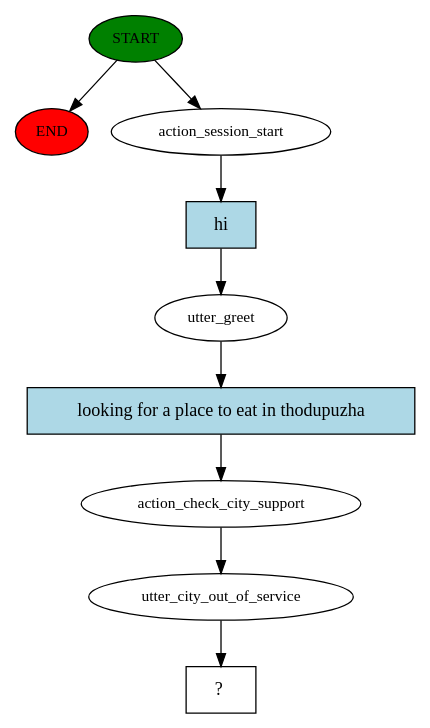
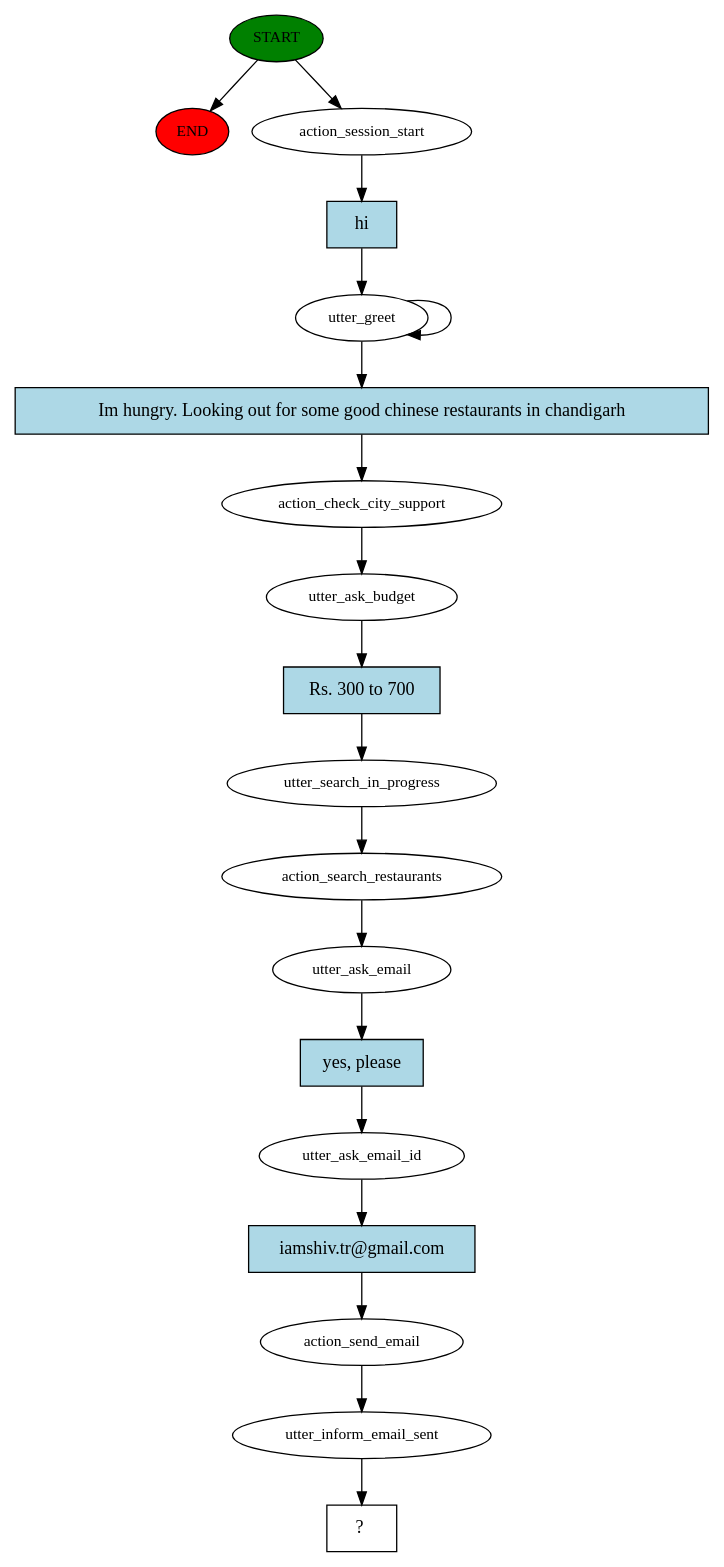
Before and after one commit to adi007me/rasa-chatbot: the diagram in story_graph.dot, drawn with Graphviz. The commit also changed 3 other files, not shown here.

```diff
--- a/story_graph.dot
+++ b/story_graph.dot
@@ -1,19 +1,38 @@
 digraph  {
 0 [class="start active", fillcolor=green, fontsize=12, label=START, style=filled];
 "-1" [class=end, fillcolor=red, fontsize=12, label=END, style=filled];
 1 [class=active, fontsize=12, label=action_session_start];
 2 [class=active, fontsize=12, label=utter_greet];
-3 [class=active, fontsize=12, label=action_check_city_support];
-4 [class=active, fontsize=12, label=utter_city_out_of_service];
-5 [class="intent dashed active", label="  ?  ", shape=rect];
-6 [class="intent active", fillcolor=lightblue, label=hi, shape=rect, style=filled];
-7 [class="intent active", fillcolor=lightblue, label="looking for a place to eat in thodupuzha", shape=rect, style=filled];
+4 [class=active, fontsize=12, label=action_check_city_support];
+5 [class=active, fontsize=12, label=utter_ask_budget];
+6 [class=active, fontsize=12, label=utter_search_in_progress];
+7 [class=active, fontsize=12, label=action_search_restaurants];
+8 [class=active, fontsize=12, label=utter_ask_email];
+9 [class=active, fontsize=12, label=utter_ask_email_id];
+10 [class=active, fontsize=12, label=action_send_email];
+11 [class=active, fontsize=12, label=utter_inform_email_sent];
+12 [class="intent dashed active", label="  ?  ", shape=rect];
+13 [class="intent active", fillcolor=lightblue, label=hi, shape=rect, style=filled];
+14 [class="intent active", fillcolor=lightblue, label="Im hungry. Looking out for some good chinese restaurants in chandigarh", shape=rect, style=filled];
+15 [class="intent active", fillcolor=lightblue, label="Rs. 300 to 700", shape=rect, style=filled];
+16 [class="intent active", fillcolor=lightblue, label="yes, please", shape=rect, style=filled];
+17 [class="intent active", fillcolor=lightblue, label="iamshiv.tr@gmail.com", shape=rect, style=filled];
 0 -> "-1"  [class="", key=NONE, label=""];
 0 -> 1  [class=active, key=NONE, label=""];
-1 -> 6  [class=active, key=0];
-2 -> 7  [class=active, key=0];
-3 -> 4  [class=active, key=NONE, label=""];
+1 -> 13  [class=active, key=0];
+2 -> 2  [class=active, key=NONE, label=""];
+2 -> 14  [class=active, key=0];
 4 -> 5  [class=active, key=NONE, label=""];
-6 -> 2  [class=active, key=0];
-7 -> 3  [class=active, key=0];
+5 -> 15  [class=active, key=0];
+6 -> 7  [class=active, key=NONE, label=""];
+7 -> 8  [class=active, key=NONE, label=""];
+8 -> 16  [class=active, key=0];
+9 -> 17  [class=active, key=0];
+10 -> 11  [class=active, key=NONE, label=""];
+11 -> 12  [class=active, key=NONE, label=""];
+13 -> 2  [class=active, key=0];
+14 -> 4  [class=active, key=0];
+15 -> 6  [class=active, key=0];
+16 -> 9  [class=active, key=0];
+17 -> 10  [class=active, key=0];
 }
```
